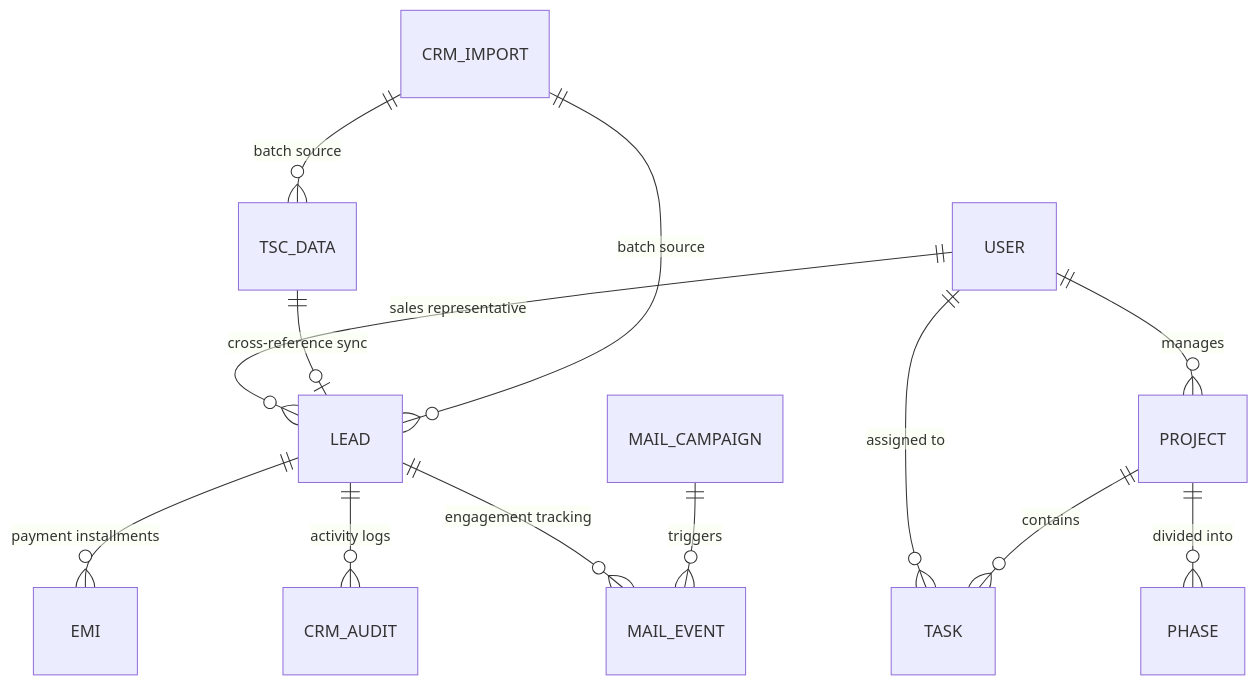
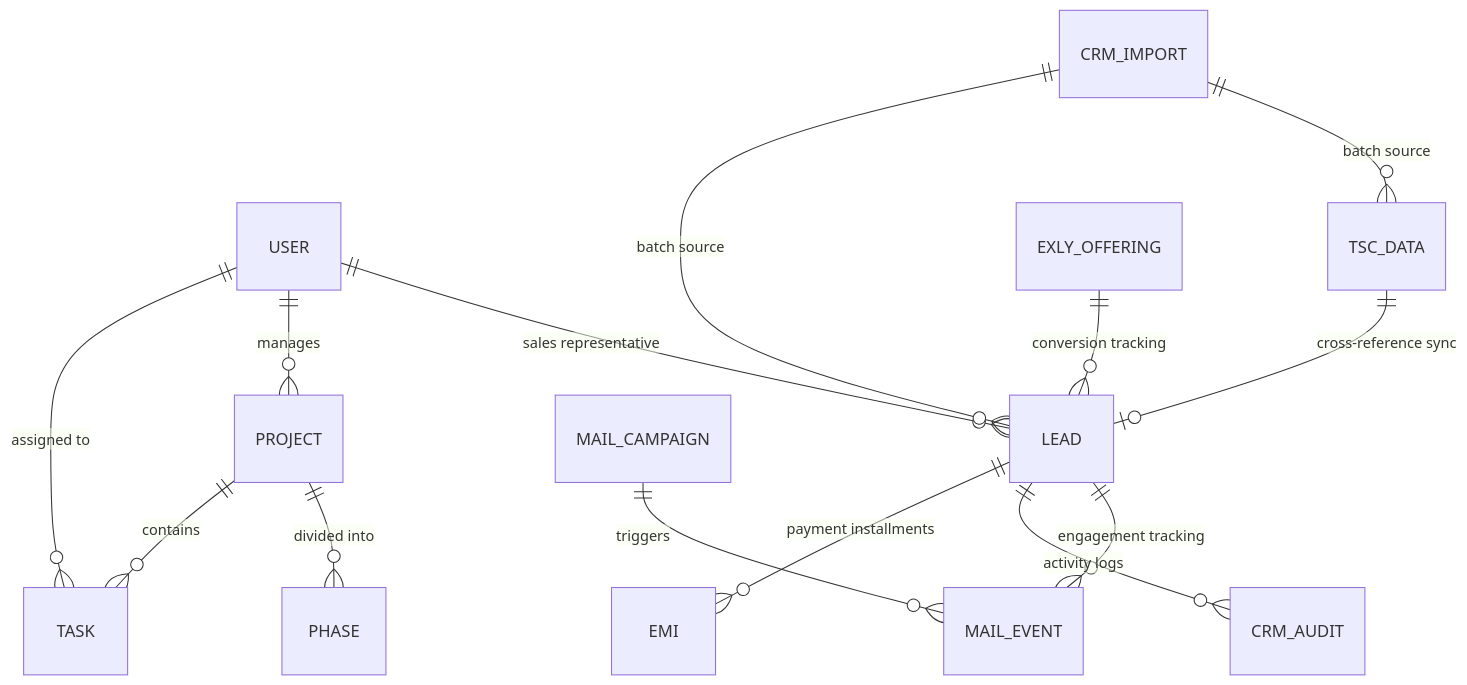
One commit to RaghavSobti37/Taskmaster changed the diagram in agentic_memory/backend.md. Above: the diagram before and after it, drawn with Mermaid. The commit also changed other lines of this file and 26 other files, not shown here.

Commit message:
feat: integrate exly webhook receiver and fix artist analytics graph zero-dips

````diff
--- a/agentic_memory/backend.md
+++ b/agentic_memory/backend.md
@@ -18,15 +18,16 @@
 ```mermaid
 erDiagram
     USER ||--o{ TASK : "assigned to"
     USER ||--o{ PROJECT : "manages"
     USER ||--o{ LEAD : "sales representative"
     PROJECT ||--o{ TASK : "contains"
     PROJECT ||--o{ PHASE : "divided into"
     LEAD ||--o{ EMI : "payment installments"
     LEAD ||--o{ CRM_AUDIT : "activity logs"
     LEAD ||--o{ MAIL_EVENT : "engagement tracking"
     TSC_DATA ||--o| LEAD : "cross-reference sync"
     CRM_IMPORT ||--o{ LEAD : "batch source"
     CRM_IMPORT ||--o{ TSC_DATA : "batch source"
     MAIL_CAMPAIGN ||--o{ MAIL_EVENT : "triggers"
+    EXLY_OFFERING ||--o{ LEAD : "conversion tracking"
 ```
````
